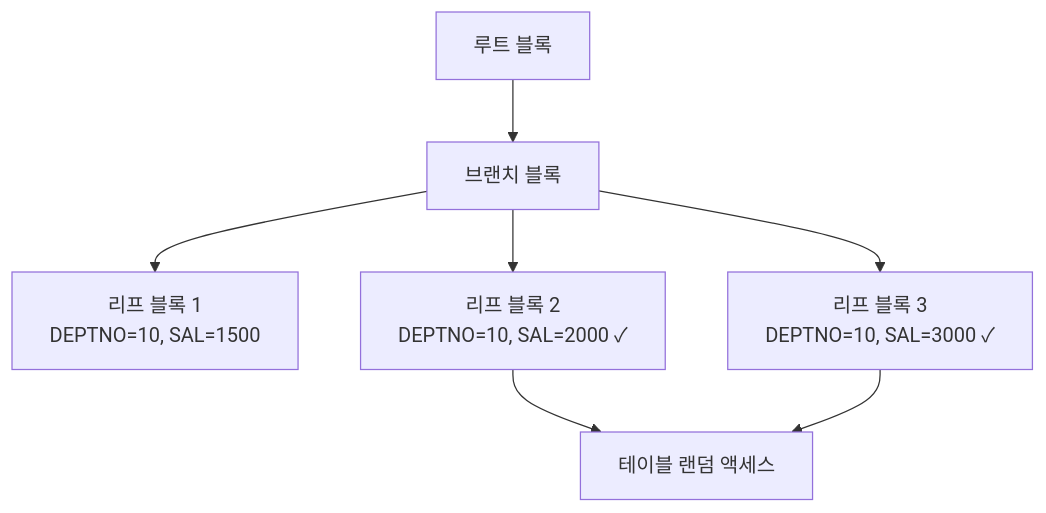
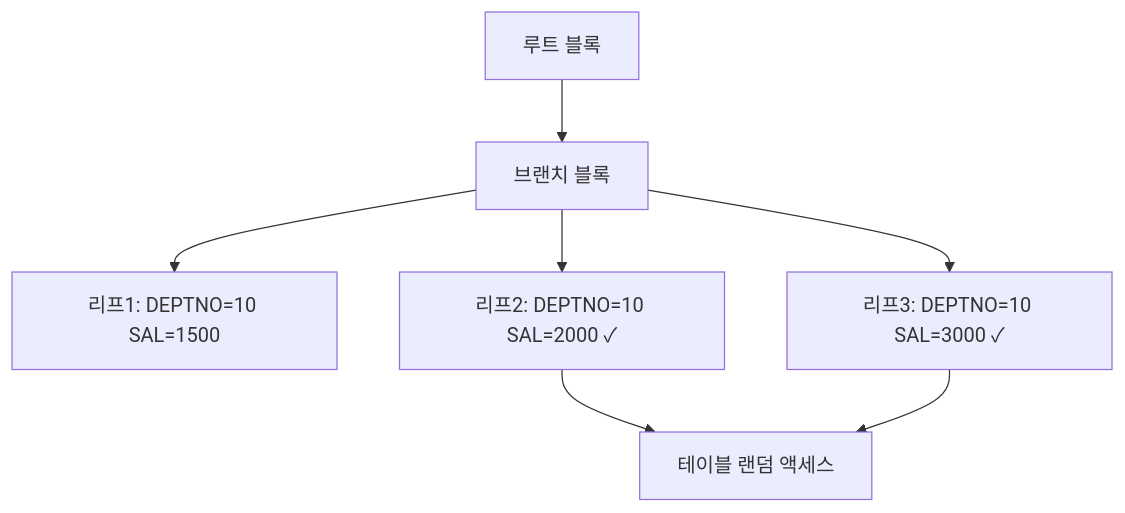
One commit to ollybaysion/awesome-SQLP changed the diagram in content/04-index-tuning/03-scan-efficiency/01-index-scan-types.md. Above: the diagram before and after it, drawn with Mermaid. The commit also changed 1 other file, not shown here.

Commit message:
fix: mermaid 노드 라벨의 \n 이스케이프를 단일 라인으로 변경
mermaid가 \n을 개행으로 해석하지 못하는 환경을 고려하여
노드 라벨을 단일 라인 텍스트로 변경.

````diff
--- a/content/04-index-tuning/03-scan-efficiency/01-index-scan-types.md
+++ b/content/04-index-tuning/03-scan-efficiency/01-index-scan-types.md
@@ -31,9 +31,9 @@
 ```mermaid
 flowchart TD
     A[루트 블록] --> B[브랜치 블록]
-    B --> C[리프 블록 1\nDEPTNO=10, SAL=1500]
-    B --> D[리프 블록 2\nDEPTNO=10, SAL=2000 ✓]
-    B --> E[리프 블록 3\nDEPTNO=10, SAL=3000 ✓]
+    B --> C[리프1: DEPTNO=10 SAL=1500]
+    B --> D[리프2: DEPTNO=10 SAL=2000 ✓]
+    B --> E[리프3: DEPTNO=10 SAL=3000 ✓]
     D --> F[테이블 랜덤 액세스]
     E --> F
 ```
````
